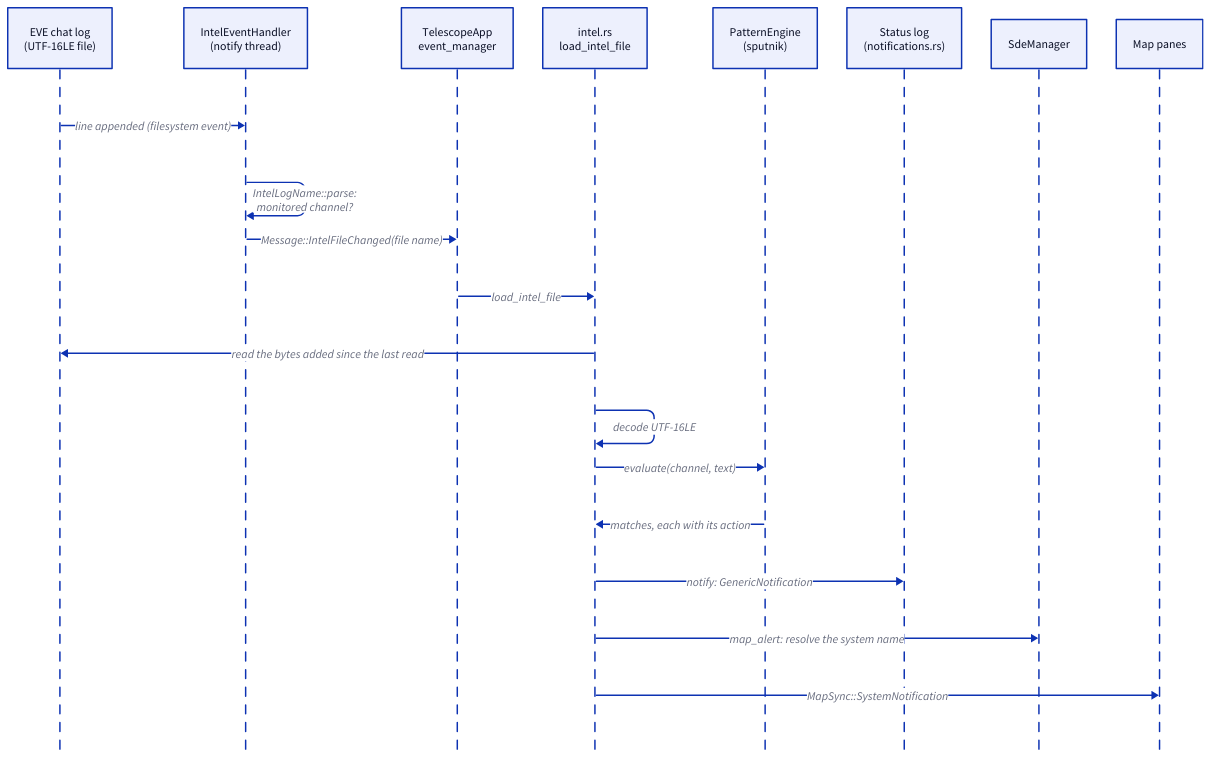
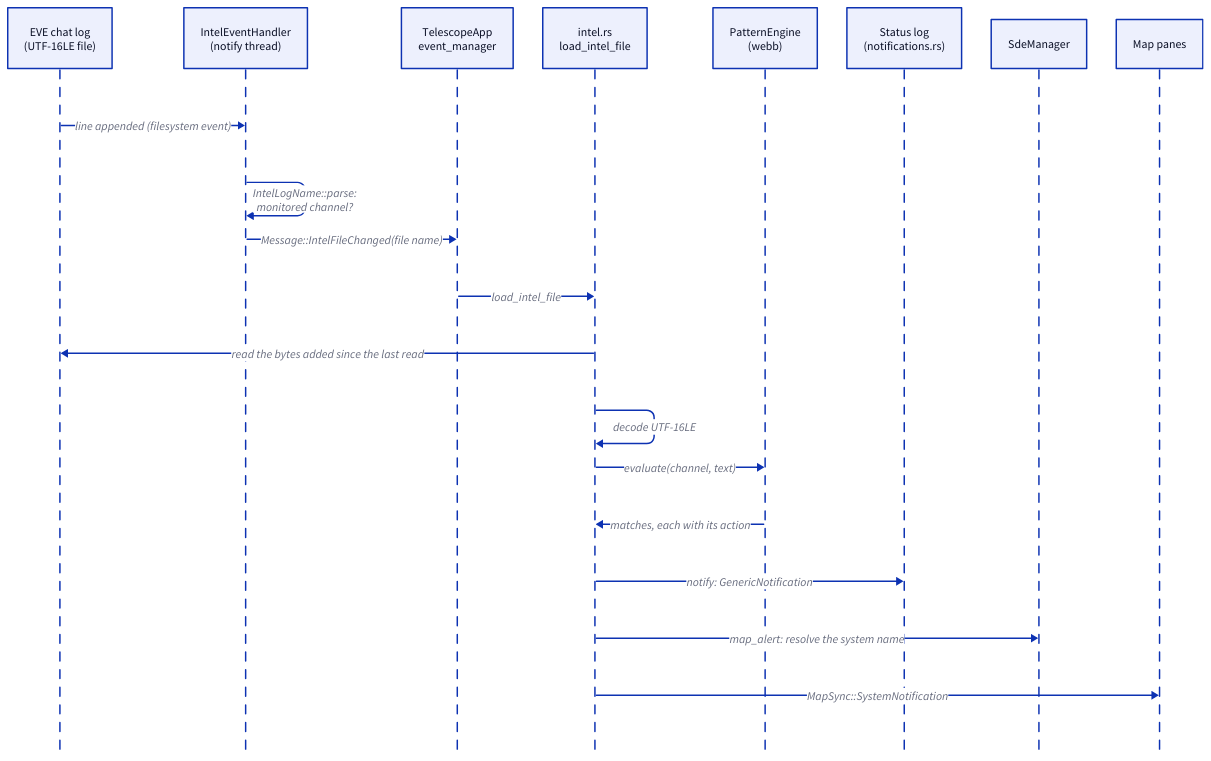
One commit to rafaga/telescope changed the diagram in docs/architecture/flow-intel.d2. Above: the diagram before and after it, drawn with D2. The commit also changed 27 other files, not shown here.

Commit message:
phase 1 - migrate code from sputnik to webb

```diff
--- a/docs/architecture/flow-intel.d2
+++ b/docs/architecture/flow-intel.d2
@@ -1,22 +1,22 @@
 shape: sequence_diagram
 
 log: "EVE chat log\n(UTF-16LE file)"
 watcher: "IntelEventHandler\n(notify thread)"
 app: "TelescopeApp\nevent_manager"
 intel: "intel.rs\nload_intel_file"
-engine: "PatternEngine\n(sputnik)"
+engine: "PatternEngine\n(webb)"
 status: "Status log\n(notifications.rs)"
 sde: "SdeManager"
 maps: "Map panes"
 
 log -> watcher: "line appended (filesystem event)"
 watcher -> watcher: "IntelLogName::parse:\nmonitored channel?"
 watcher -> app: "Message::IntelFileChanged(file name)"
 app -> intel: "load_intel_file"
 intel -> log: "read the bytes added since the last read"
 intel -> intel: "decode UTF-16LE"
 intel -> engine: "evaluate(channel, text)"
 engine -> intel: "matches, each with its action"
 intel -> status: "notify: GenericNotification"
 intel -> sde: "map_alert: resolve the system name"
 intel -> maps: "MapSync::SystemNotification"
```
